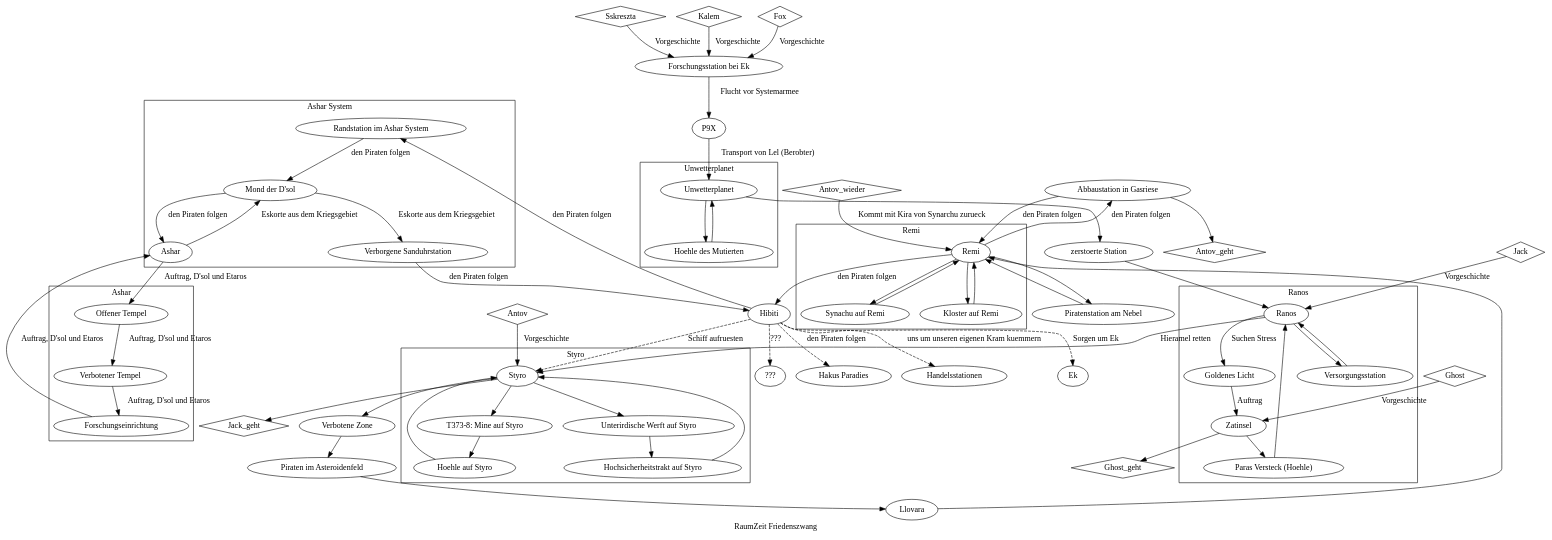
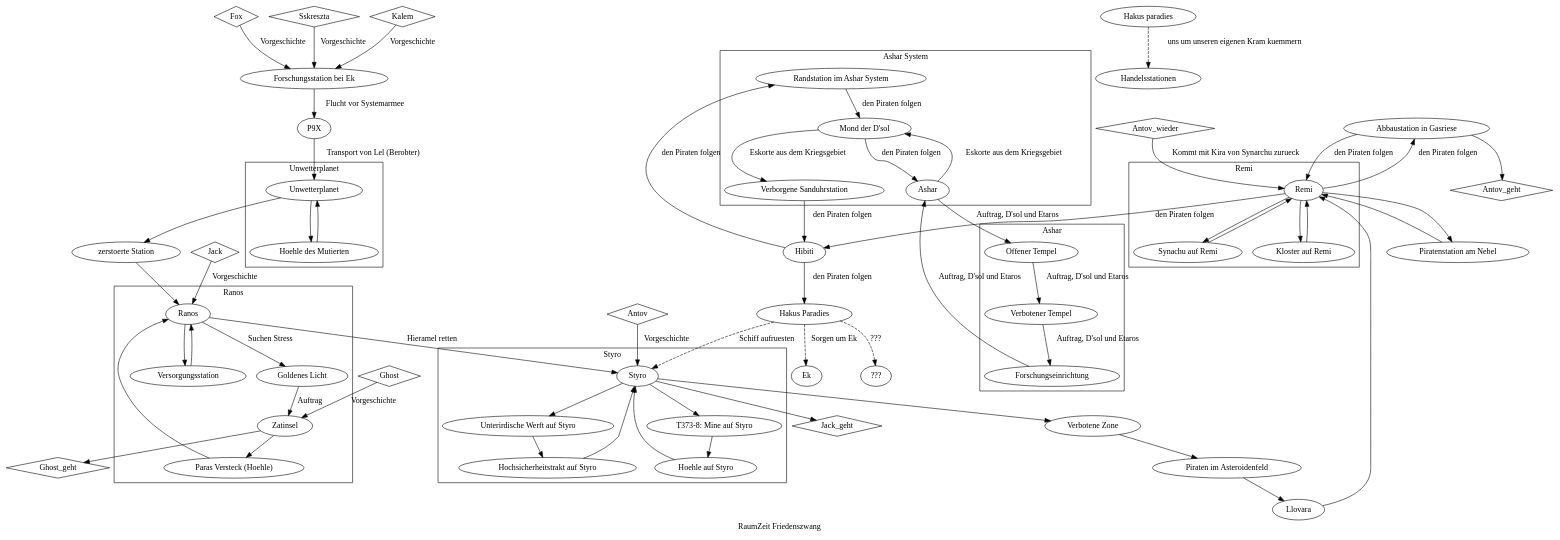
Before and after one commit to vaibhav-gupt/Hg: the diagram in RaumZeit/Charaktere/Sskreszta/stationen_unserer_reise.dot, drawn with Graphviz.

Commit message:
Stationen unserer Reise aktualisiert.

```diff
--- a/RaumZeit/Charaktere/Sskreszta/stationen_unserer_reise.dot
+++ b/RaumZeit/Charaktere/Sskreszta/stationen_unserer_reise.dot
@@ -1,99 +1,100 @@
 digraph G {
     name = "RaumZeit Friedenszwang"
     label = "RaumZeit Friedenszwang"
     // Personen
     node [shape="diamond"] Sskreszta; Kalem; Fox; Jack; Jack_geht; Ghost; Ghost_geht; Antov; Antov_geht; Antov_wieder
     
     node [shape=""]
     // dazugestoßen 
     edge [label="Vorgeschichte"]
     Sskreszta -> "Forschungsstation bei Ek"
     Kalem -> "Forschungsstation bei Ek"
     Fox -> "Forschungsstation bei Ek"
     Jack -> Ranos
     Ghost -> Zatinsel 
     Antov -> Styro
     edge [label=""]
     
     // verlassen
     Zatinsel -> Ghost_geht
     Styro -> Jack_geht
     "Abbaustation in Gasriese" -> Antov_geht
 
     // wiedergekommen
     edge [label="Kommt mit Kira von Synarchu zurueck"]
     Antov_wieder -> Remi
     
     // Der Weg
     edge [label=""]
     edge [label="Flucht vor Systemarmee"] "Forschungsstation bei Ek" -> P9X 
     edge [label="Transport von Lel (Berobter)"] P9X -> Unwetterplanet
     edge [label=""]
     Unwetterplanet -> "zerstoerte Station" -> Ranos
     
     edge [label="Hieramel retten"]
     Ranos -> Styro 
     
     edge [label=""]
     Styro -> "Verbotene Zone" -> "Piraten im Asteroidenfeld" -> Llovara -> Remi -> "Piratenstation am Nebel" -> Remi
 
     edge [label="den Piraten folgen"] Remi -> "Abbaustation in Gasriese" -> Remi
     Remi -> "Hibiti" -> "Randstation im Ashar System"
 
+    edge [label="den Piraten folgen"] "Verborgene Sanduhrstation" -> "Hibiti"
+    edge [label="den Piraten folgen"] "Hibiti" -> "Hakus Paradies"
+    
     // Wie es weitergehen koennte. 
-    edge [label="den Piraten folgen"] "Verborgene Sanduhrstation" -> "Hibiti"
     edge [style="dashed"]
-    edge [label="den Piraten folgen"] "Hibiti" -> "Hakus Paradies"
-    edge [label="uns um unseren eigenen Kram kuemmern"] "Hibiti" -> "Handelsstationen"
-    edge [label="Sorgen um Ek"] "Hibiti" -> Ek
-    edge [label="Schiff aufruesten"] "Hibiti" -> Styro
-    edge [label="???"] "Hibiti" -> "???"
+    edge [label="uns um unseren eigenen Kram kuemmern"] "Hakus paradies" -> "Handelsstationen"
+    edge [label="Sorgen um Ek"] "Hakus Paradies" -> Ek
+    edge [label="Schiff aufruesten"] "Hakus Paradies" -> Styro
+    edge [label="???"] "Hakus Paradies" -> "???"
     
     edge [label="" style=""]
     // Beschreibungen
         
         // Ereignisse auf dem Unwetterplaneten
         subgraph cluster0 {
             name = Unwetterplanet
             label = Unwetterplanet
             Unwetterplanet -> "Hoehle des Mutierten" -> Unwetterplanet
         }
         
         // Ereignisse in Ranos
         subgraph cluster1 {
             name = Ranos
             label = Ranos
             edge [label="Suchen Stress"]Ranos -> "Goldenes Licht"
             edge [label="Auftrag"] "Goldenes Licht" -> Zatinsel
             edge [label=""] Zatinsel -> "Paras Versteck (Hoehle)" -> Ranos -> Versorgungsstation -> Ranos
         }
         
         // Ereignisse in Styro
         subgraph cluster2 {
             name = Styro
             label = Styro
             Styro -> "T373-8: Mine auf Styro" ->  "Hoehle auf Styro" -> Styro -> "Unterirdische Werft auf Styro" -> "Hochsicherheitstrakt auf Styro" -> Styro 
         }
         
         // Ereignisse auf Remi
         subgraph cluster3 { 
             name = Remi
             label = Remi
             Remi -> "Synachu auf Remi" -> Remi -> "Kloster auf Remi" -> Remi
         }
 
         // Ereignisse bei Ashar
         subgraph cluster4 { 
             name = "Ashar System"
             label = "Ashar System"
             edge [label="den Piraten folgen"] "Randstation im Ashar System" -> "Mond der D'sol" -> "Ashar" 
             edge [label="Eskorte aus dem Kriegsgebiet"] Ashar -> "Mond der D'sol" -> "Verborgene Sanduhrstation"
         }
 
         // Ereignisse auf Ashar
         subgraph cluster5 { 
             name = "Ashar"
             label = "Ashar"
             edge [label="Auftrag, D'sol und Etaros"] Ashar -> "Offener Tempel" -> "Verbotener Tempel" -> Forschungseinrichtung -> Ashar
         }
 }
```
